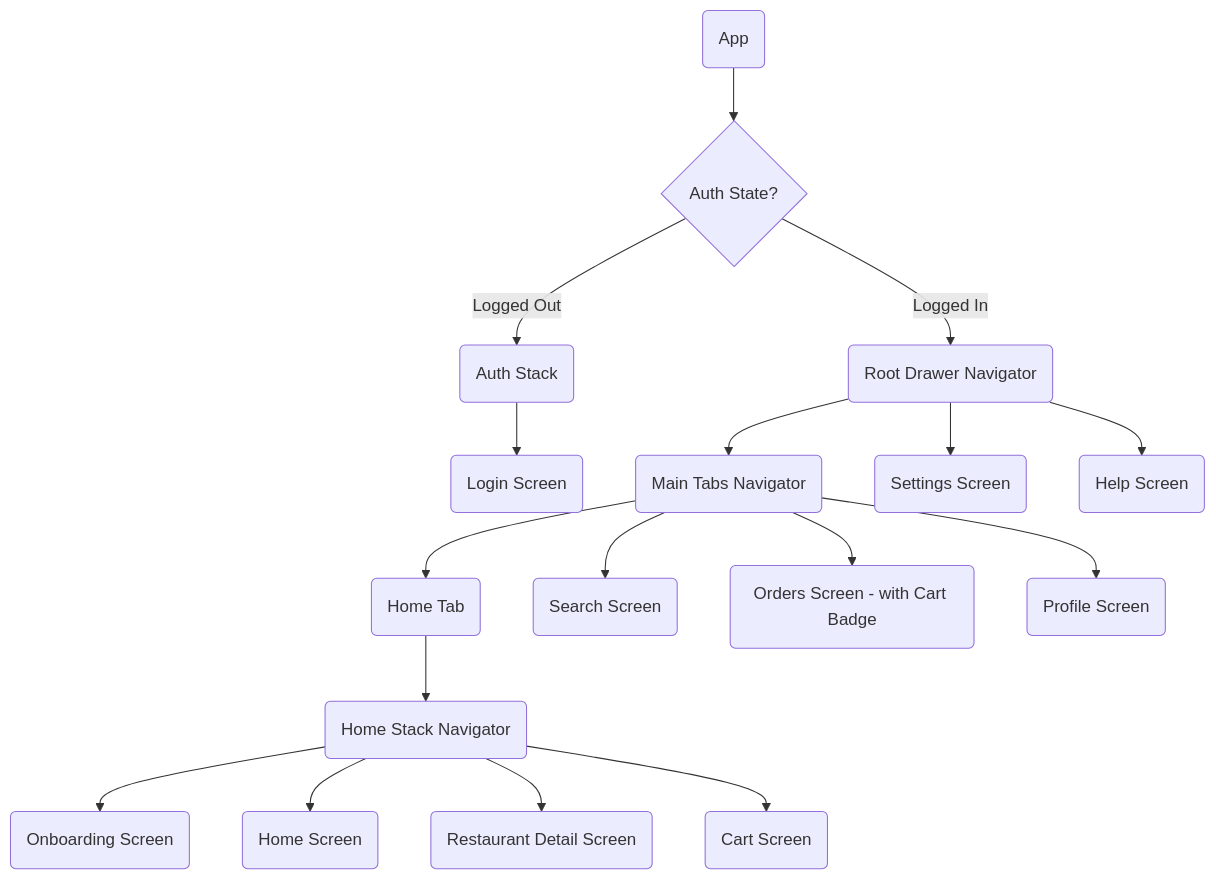
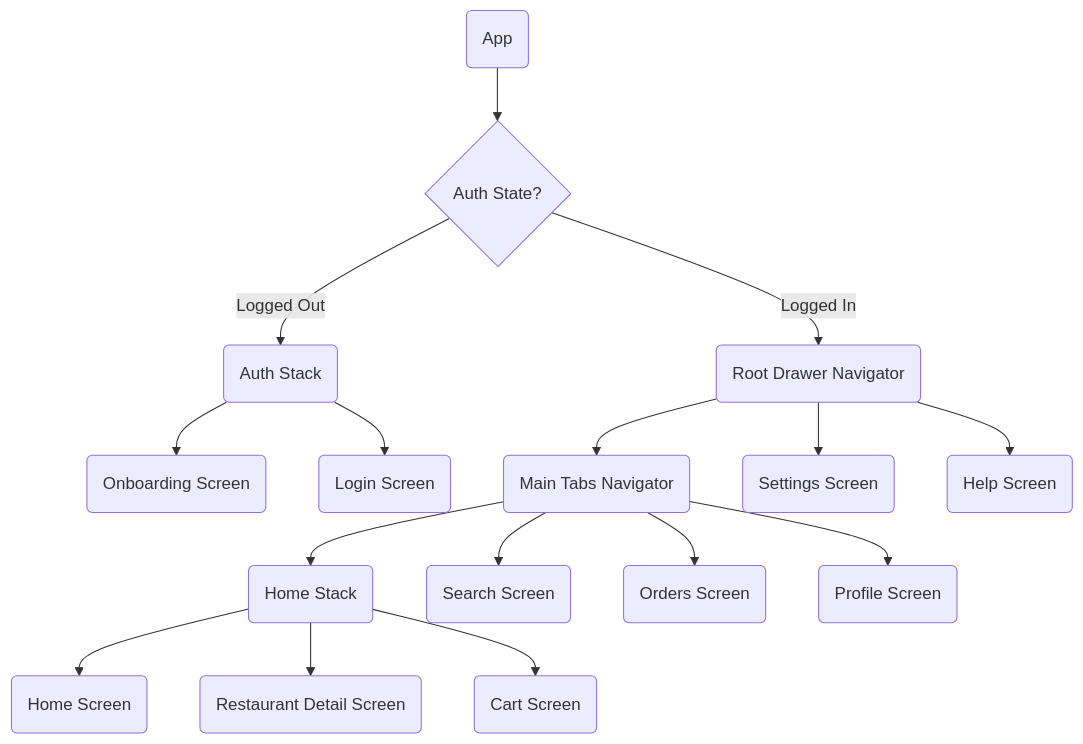
One commit to adityachatare/chai-aur-khanna-app changed the diagram in README.md. Above: the diagram before and after it, drawn with Mermaid. The commit also changed other lines of this file and 6 other files, not shown here.

````diff
--- a/README.md
+++ b/README.md
@@ -9,29 +22,28 @@
 ```mermaid
 graph TD
     App(App) --> AuthContext{Auth State?}
     
     %% Unauthenticated Flow
     AuthContext -- Logged Out --> AuthStack(Auth Stack)
+    AuthStack --> Onboarding(Onboarding Screen)
     AuthStack --> Login(Login Screen)
     
     %% Authenticated Flow
     AuthContext -- Logged In --> RootDrawer(Root Drawer Navigator)
     
     %% Drawer Contents
     RootDrawer --> MainTabs(Main Tabs Navigator)
     RootDrawer --> Settings(Settings Screen)
     RootDrawer --> Help(Help Screen)
     
     %% Main Tabs Contents
-    MainTabs --> HomeTab(Home Tab)
+    MainTabs --> HomeTab(Home Stack)
     MainTabs --> SearchTab(Search Screen)
-    MainTabs --> OrdersTab(Orders Screen - with Cart Badge)
+    MainTabs --> OrdersTab(Orders Screen)
     MainTabs --> ProfileTab(Profile Screen)
     
     %% Home Stack Contents
-    HomeTab --> HomeStack(Home Stack Navigator)
-    HomeStack --> Onboarding(Onboarding Screen)
-    HomeStack --> Home(Home Screen)
-    HomeStack --> RestaurantDetail(Restaurant Detail Screen)
-    HomeStack --> Cart(Cart Screen)
+    HomeTab --> Home(Home Screen)
+    HomeTab --> RestaurantDetail(Restaurant Detail Screen)
+    HomeTab --> Cart(Cart Screen)
 ```
````
